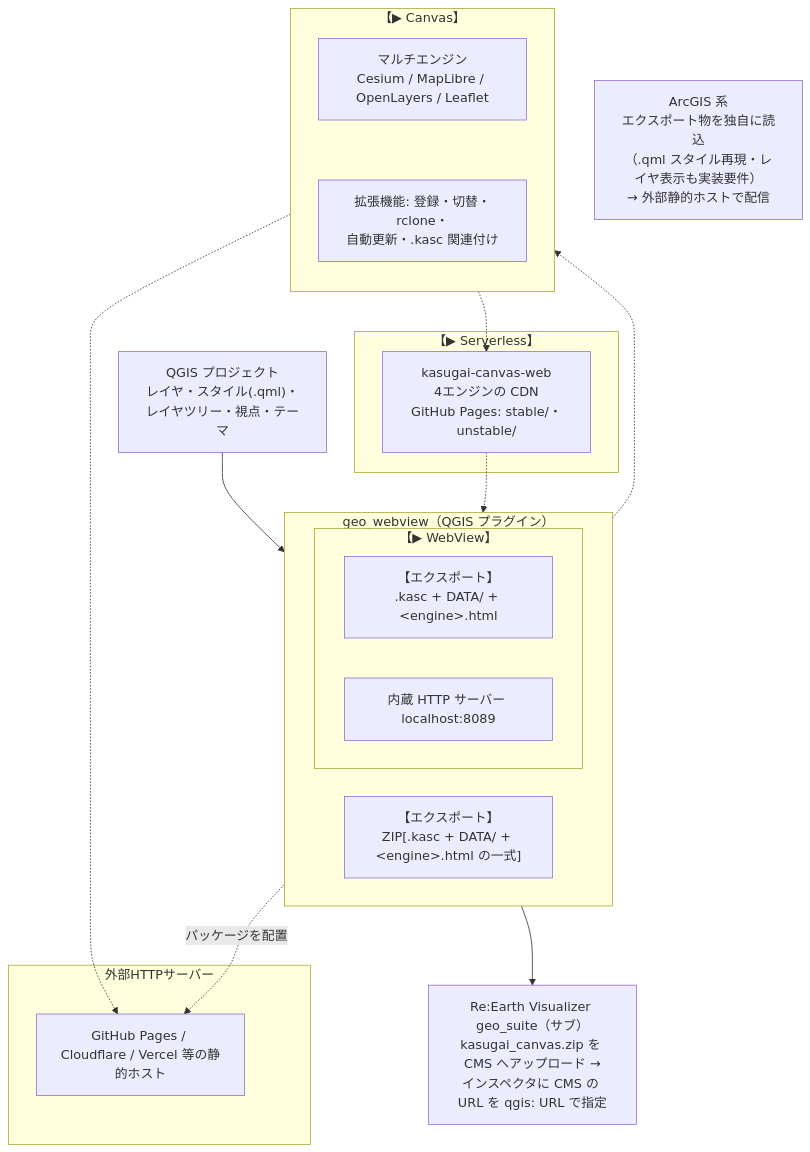
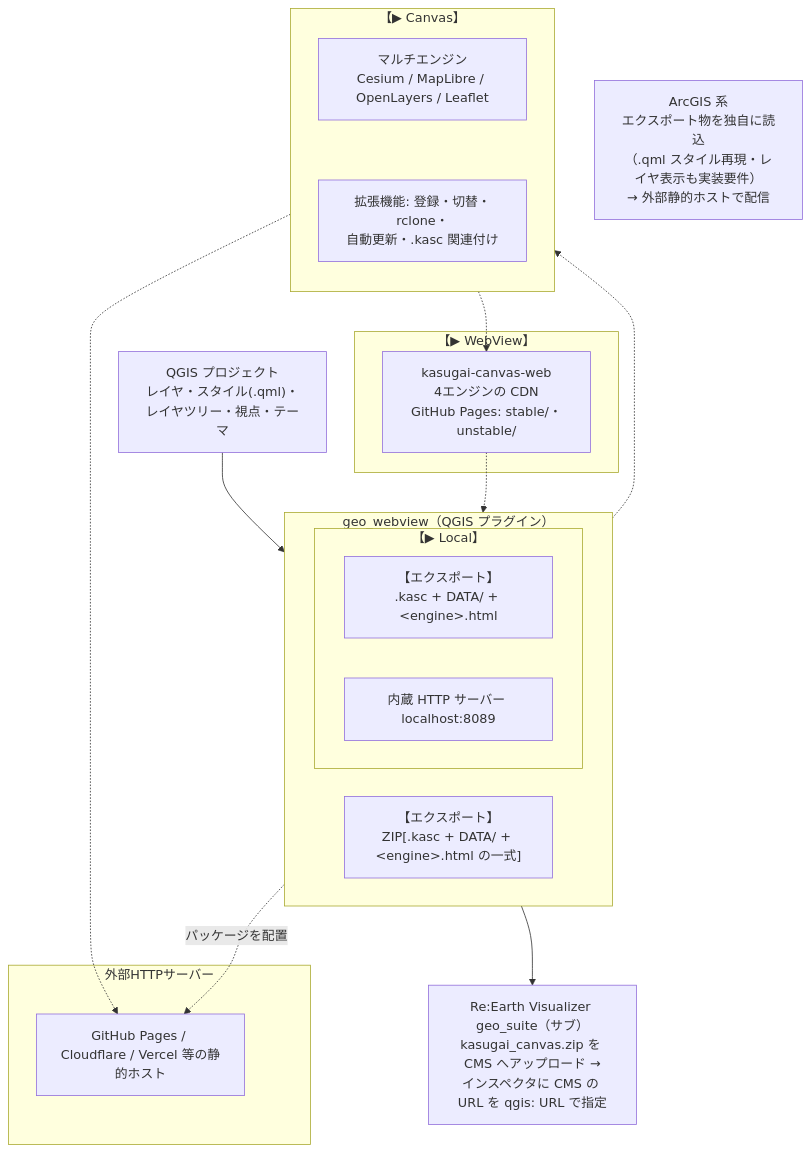
The diagram in qgis-plugin/geo_webview/README_JP.md (yamamoto-ryuzo/qgis_live_harness), drawn with Mermaid before and after one commit. The commit also changed other lines of this file and 5 other files, not shown here.

First line of the commit message:
geo_webview: ▶ Local ボタン廃止＋hosted を ▶ WebView に確定(3.32.2)

````diff
--- a/qgis-plugin/geo_webview/README_JP.md
+++ b/qgis-plugin/geo_webview/README_JP.md
@@ -39,37 +39,37 @@
 ```mermaid
 flowchart TB
     QGIS["QGIS プロジェクト<br>レイヤ・スタイル(.qml)・レイヤツリー・視点・テーマ"]
 
     subgraph GWBOX["geo_webview（QGIS プラグイン）"]
         direction LR
-        subgraph FNC["【▶ WebView】"]
+        subgraph FNC["【▶ Local】"]
             GW["【エクスポート】<br>.kasc + DATA/ + &lt;engine&gt;.html"]
             SRV["内蔵 HTTP サーバー localhost:8089"]
         end
         ZIP["【エクスポート】<br>ZIP[.kasc + DATA/ + &lt;engine&gt;.html の一式]"]
     end
 
     subgraph KCBOX["【▶ Canvas】"]
         direction TB
         ENG["マルチエンジン<br>Cesium / MapLibre / OpenLayers / Leaflet"]
         KCF["拡張機能: 登録・切替・rclone・<br>自動更新・.kasc 関連付け"]
         ENG ~~~ KCF
     end
     subgraph WEBBOX["外部HTTPサーバー"]
         WEB["GitHub Pages / Cloudflare / Vercel 等の静的ホスト"]
     end
-    subgraph GHBOX["【▶ Serverless】"]
+    subgraph GHBOX["【▶ WebView】"]
         CDN["kasugai-canvas-web<br>4エンジンの CDN<br>GitHub Pages: stable/・unstable/"]
     end
     RE["Re:Earth Visualizer geo_suite（サブ）<br>kasugai_canvas.zip を CMS へアップロード →<br>インスペクタに CMS の URL を qgis: URL で指定"]
 
     AG["ArcGIS 系<br>エクスポート物を独自に読込<br>（.qml スタイル再現・レイヤ表示も実装要件）<br>→ 外部静的ホストで配信"]
 
     QGIS --> GWBOX
     GW -.-> KCBOX
     GW -.->|"パッケージを配置"| WEB
     ENG -.-> WEB
     ENG -.-> CDN
     CDN -.-> FNC
     ZIP --> RE
 ```
````
